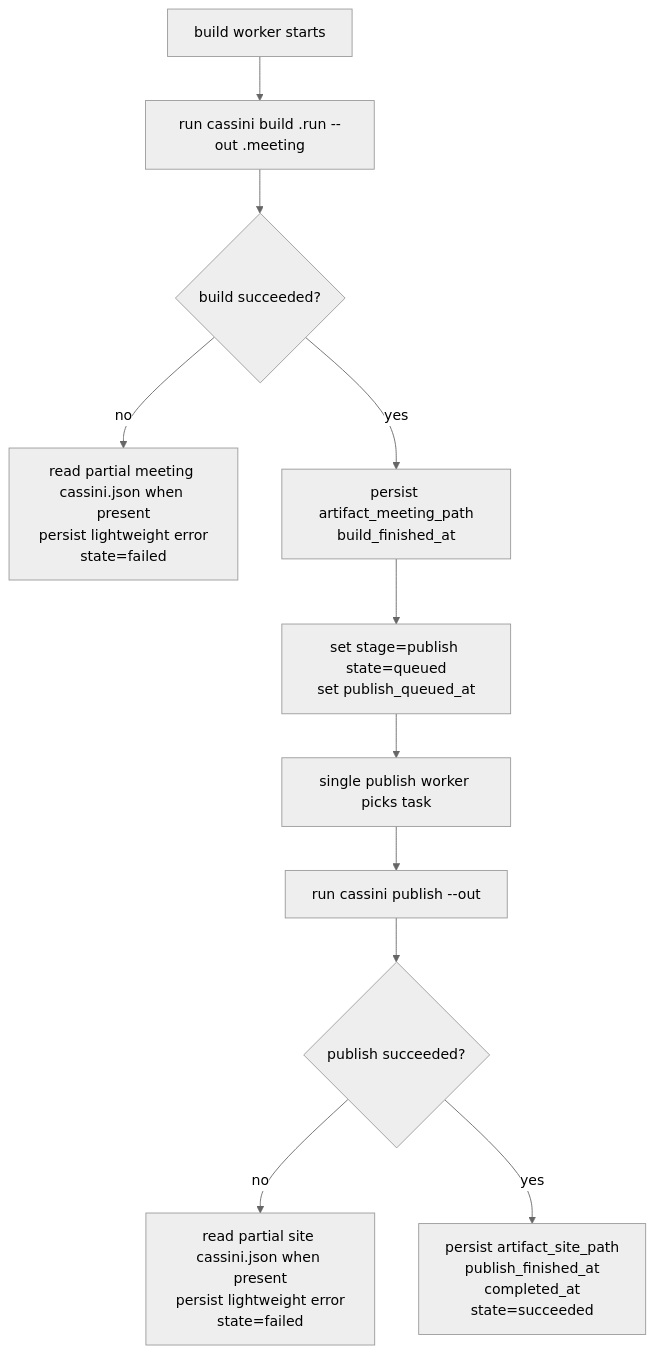
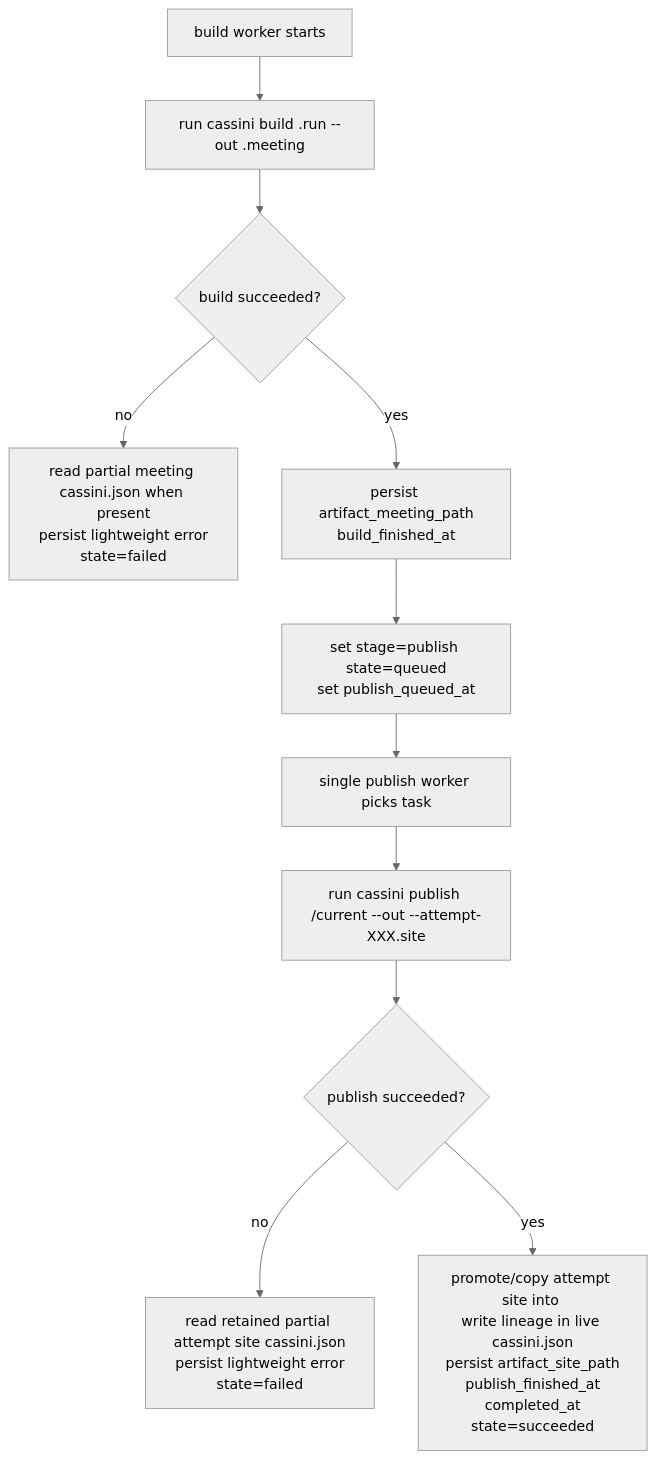
The seventh of 7 diagrams in cassini-operator/README.md (codemyriad/gocassini), drawn with Mermaid (neutral theme) before and after one commit. The commit also changed other lines of this file and 11 other files, not shown here.

Commit message:
D-281 impl: * retain attempt-local .site bundles under runs and promote successful live site from them * keep live-site lineage in cassini.json and preserve the previous deployment on failed reruns * update operator shaping, docs, and tests for retained site artifacts

````diff
--- a/cassini-operator/README.md
+++ b/cassini-operator/README.md
@@ -163,13 +164,13 @@
 ```mermaid
 flowchart TD
   A["build worker starts"] --> B["run cassini build <job>.run --out <job>.meeting"]
   B --> C{"build succeeded?"}
   C -->|no| D["read partial meeting cassini.json when present\npersist lightweight error\nstate=failed"]
   C -->|yes| E["persist artifact_meeting_path\nbuild_finished_at"]
   E --> F["set stage=publish state=queued\nset publish_queued_at"]
   F --> G["single publish worker picks task"]
-  G --> H["run cassini publish <work-root> --out <site-root>"]
+  G --> H["run cassini publish <work-root>/current --out <job>--attempt-XXX.site"]
   H --> I{"publish succeeded?"}
-  I -->|no| J["read partial site cassini.json when present\npersist lightweight error\nstate=failed"]
-  I -->|yes| K["persist artifact_site_path\npublish_finished_at\ncompleted_at\nstate=succeeded"]
+  I -->|no| J["read retained partial attempt site cassini.json\npersist lightweight error\nstate=failed"]
+  I -->|yes| K["promote/copy attempt site into <site-root>\nwrite lineage in live cassini.json\npersist artifact_site_path\npublish_finished_at\ncompleted_at\nstate=succeeded"]
 ```
````
